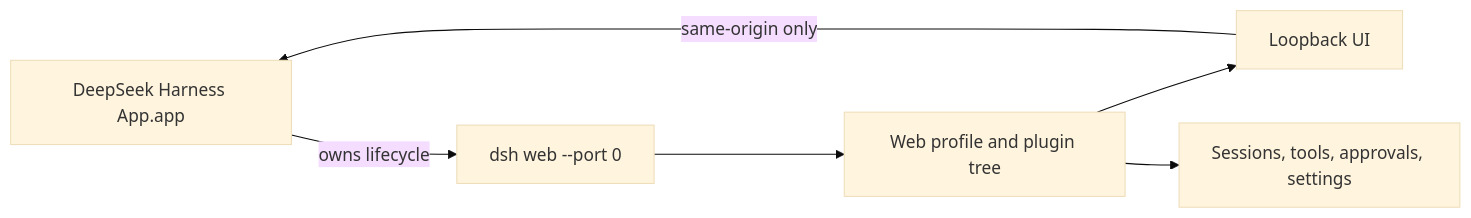
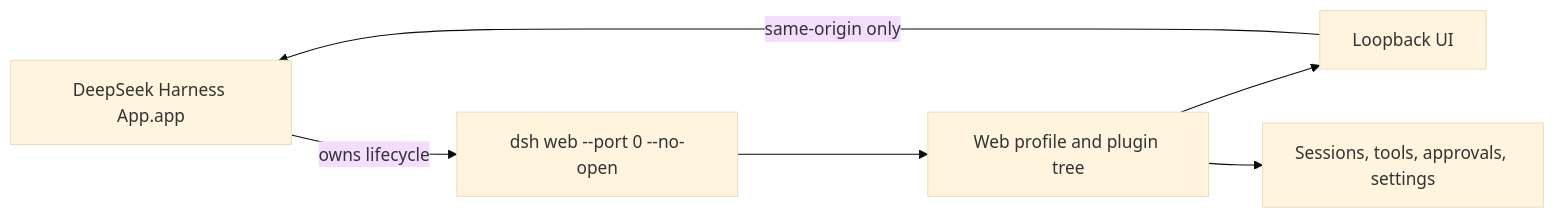
The diagram in apps/desktop/README.md (Danbro007/DeepSeek-Harness-App), drawn with Mermaid (base theme) before and after one commit. The commit also changed other lines of this file and 95 other files, not shown here.

Commit message:
更新 DeepSeek Harness 并完善桌面与用量体验

````diff
--- a/apps/desktop/README.md
+++ b/apps/desktop/README.md
@@ -23,8 +23,8 @@
 ```mermaid
 flowchart LR
-  A["DeepSeek Harness App.app"] -->|"owns lifecycle"| B["dsh web --port 0"]
+  A["DeepSeek Harness App.app"] -->|"owns lifecycle"| B["dsh web --port 0 --no-open"]
   B --> C["Web profile and plugin tree"]
   C --> D["Loopback UI"]
   D -->|"same-origin only"| A
   C --> E["Sessions, tools, approvals, settings"]
 ```
````
